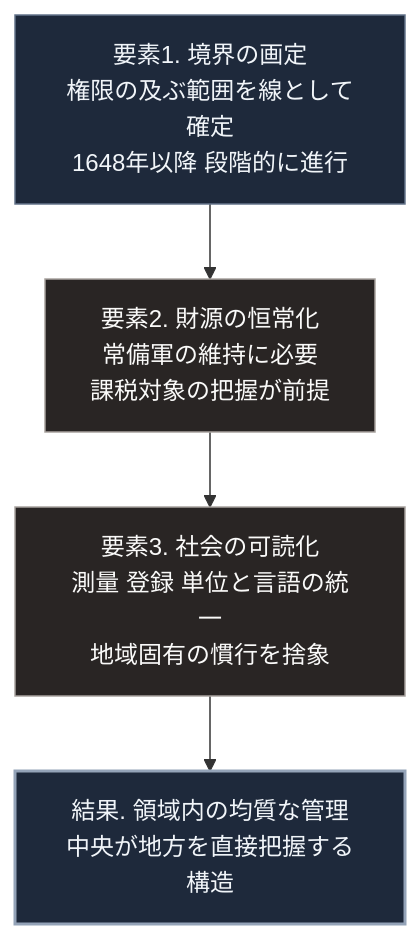
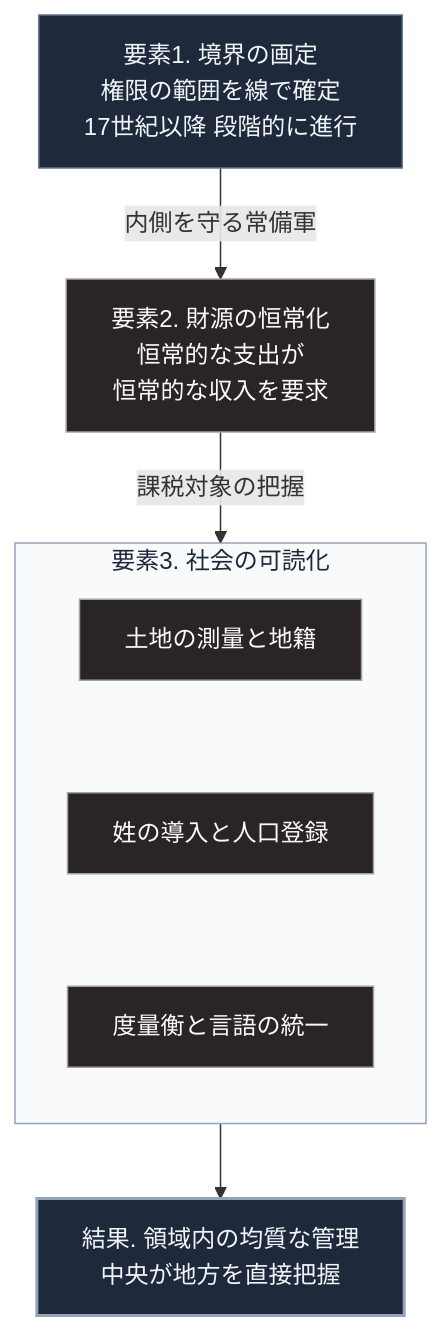
The diagram in books/sovereign-resilience-blueprint/01_sovereign-state-os.md (Takenori-Kusaka/zenn-content), drawn with Mermaid before and after one commit. The commit also changed other lines of this file and 114 other files, not shown here.

````diff
--- a/books/sovereign-resilience-blueprint/01_sovereign-state-os.md
+++ b/books/sovereign-resilience-blueprint/01_sovereign-state-os.md
@@ -71,12 +71,20 @@
 ```mermaid
 flowchart TD
-    A[要素1. 境界の画定<br>権限の及ぶ範囲を線として確定<br>1648年以降 段階的に進行]
-    A --> B[要素2. 財源の恒常化<br>常備軍の維持に必要<br>課税対象の把握が前提]
-    B --> C[要素3. 社会の可読化<br>測量 登録 単位と言語の統一<br>地域固有の慣行を捨象]
-    C --> D[結果. 領域内の均質な管理<br>中央が地方を直接把握する構造]
+    A[要素1. 境界の画定<br>権限の範囲を線で確定<br>17世紀以降 段階的に進行]
+    A -->|内側を守る常備軍| B[要素2. 財源の恒常化<br>恒常的な支出が<br>恒常的な収入を要求]
+    B -->|課税対象の把握| G
+    subgraph G[要素3. 社会の可読化]
+        direction TB
+        C1[土地の測量と地籍] ~~~ C2[姓の導入と人口登録]
+        C2 ~~~ C3[度量衡と言語の統一]
+    end
+    G --> D[結果. 領域内の均質な管理<br>中央が地方を直接把握]
 
     style A fill:#1e293b,stroke:#64748b,color:#f1f5f9
     style B fill:#292524,stroke:#a8a29e,color:#fafaf9
-    style C fill:#292524,stroke:#a8a29e,color:#fafaf9
+    style G fill:#f8fafc,stroke:#94a3b8,color:#1e293b
+    style C1 fill:#292524,stroke:#a8a29e,color:#fafaf9
+    style C2 fill:#292524,stroke:#a8a29e,color:#fafaf9
+    style C3 fill:#292524,stroke:#a8a29e,color:#fafaf9
     style D fill:#1e293b,stroke:#94a3b8,stroke-width:2px,color:#f1f5f9
 ```
````
